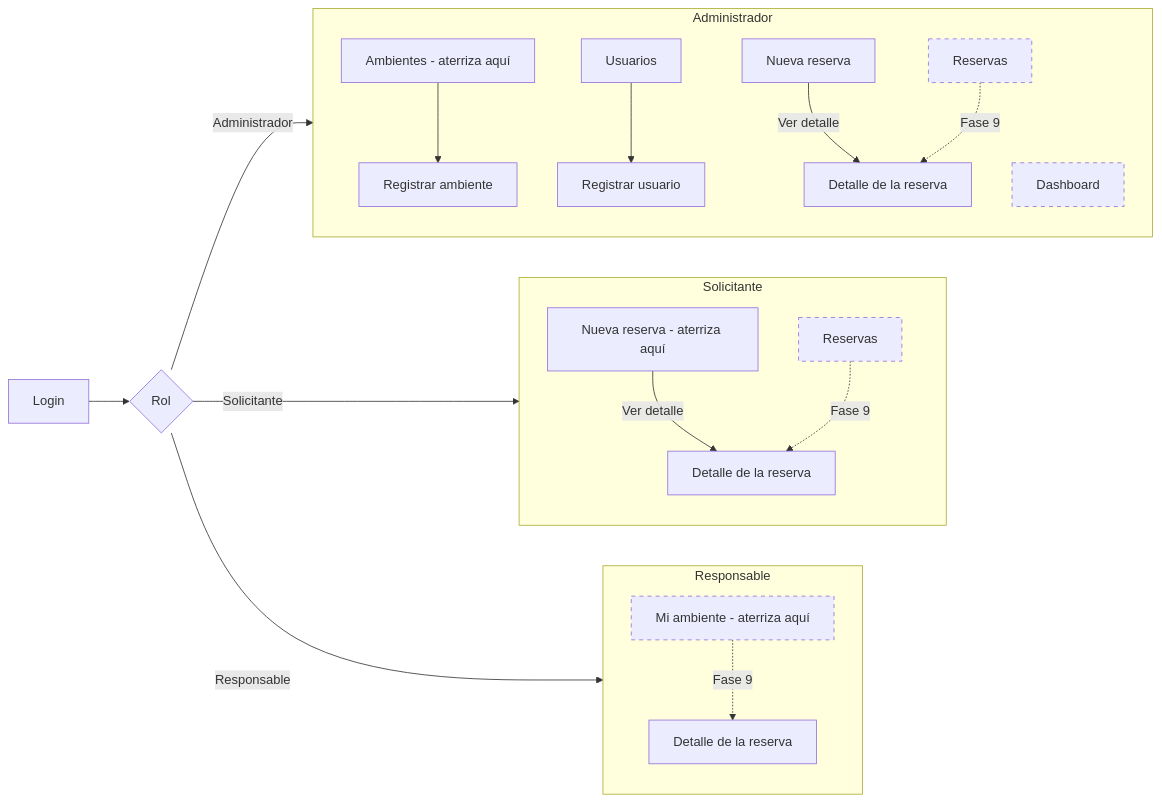
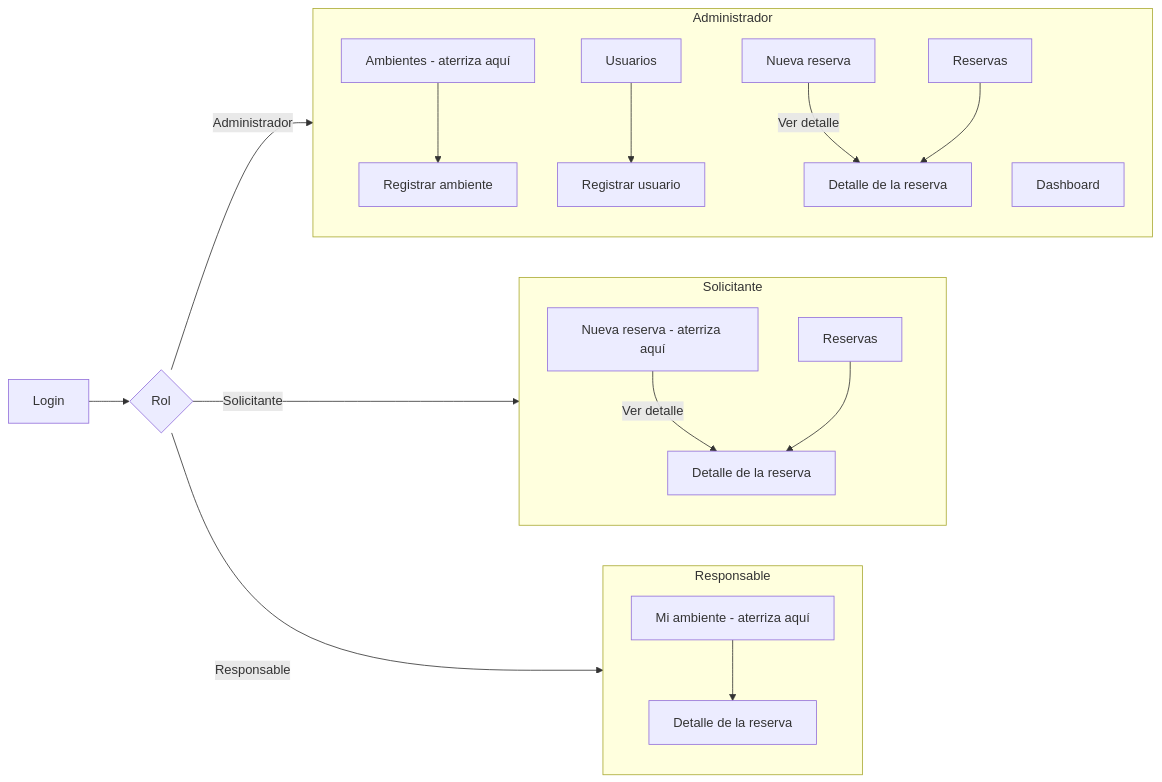
One commit to Diego271004/ReservaUPLA changed the first of 4 diagrams in docs/usabilidad/contexto-de-uso.md. Above: the diagram before and after it, drawn with Mermaid. The commit also changed other lines of this file and 7 other files, not shown here.

````diff
--- a/docs/usabilidad/contexto-de-uso.md
+++ b/docs/usabilidad/contexto-de-uso.md
@@ -47,44 +47,40 @@
 ```mermaid
 flowchart LR
   L[Login] --> R{Rol}
   R -->|Administrador| AD
   R -->|Solicitante| SO
   R -->|Responsable| RE
 
   subgraph AD[Administrador]
     direction TB
     A1[Ambientes - aterriza aquí]
     A2[Registrar ambiente]
     A3[Usuarios]
     A4[Registrar usuario]
     A5[Nueva reserva]
     A6[Detalle de la reserva]
     A7[Dashboard]
     A8[Reservas]
     A1 --> A2
     A3 --> A4
     A5 -->|Ver detalle| A6
-    A8 -.->|Fase 9| A6
+    A8 --> A6
   end
 
   subgraph SO[Solicitante]
     direction TB
     S1[Nueva reserva - aterriza aquí]
     S2[Detalle de la reserva]
     S3[Reservas]
     S1 -->|Ver detalle| S2
-    S3 -.->|Fase 9| S2
+    S3 --> S2
   end
 
   subgraph RE[Responsable]
     direction TB
     M1[Mi ambiente - aterriza aquí]
     M2[Detalle de la reserva]
-    M1 -.->|Fase 9| M2
+    M1 --> M2
   end
 
-  style A7 stroke-dasharray: 5 5
-  style A8 stroke-dasharray: 5 5
-  style S3 stroke-dasharray: 5 5
-  style M1 stroke-dasharray: 5 5
 ```
````
